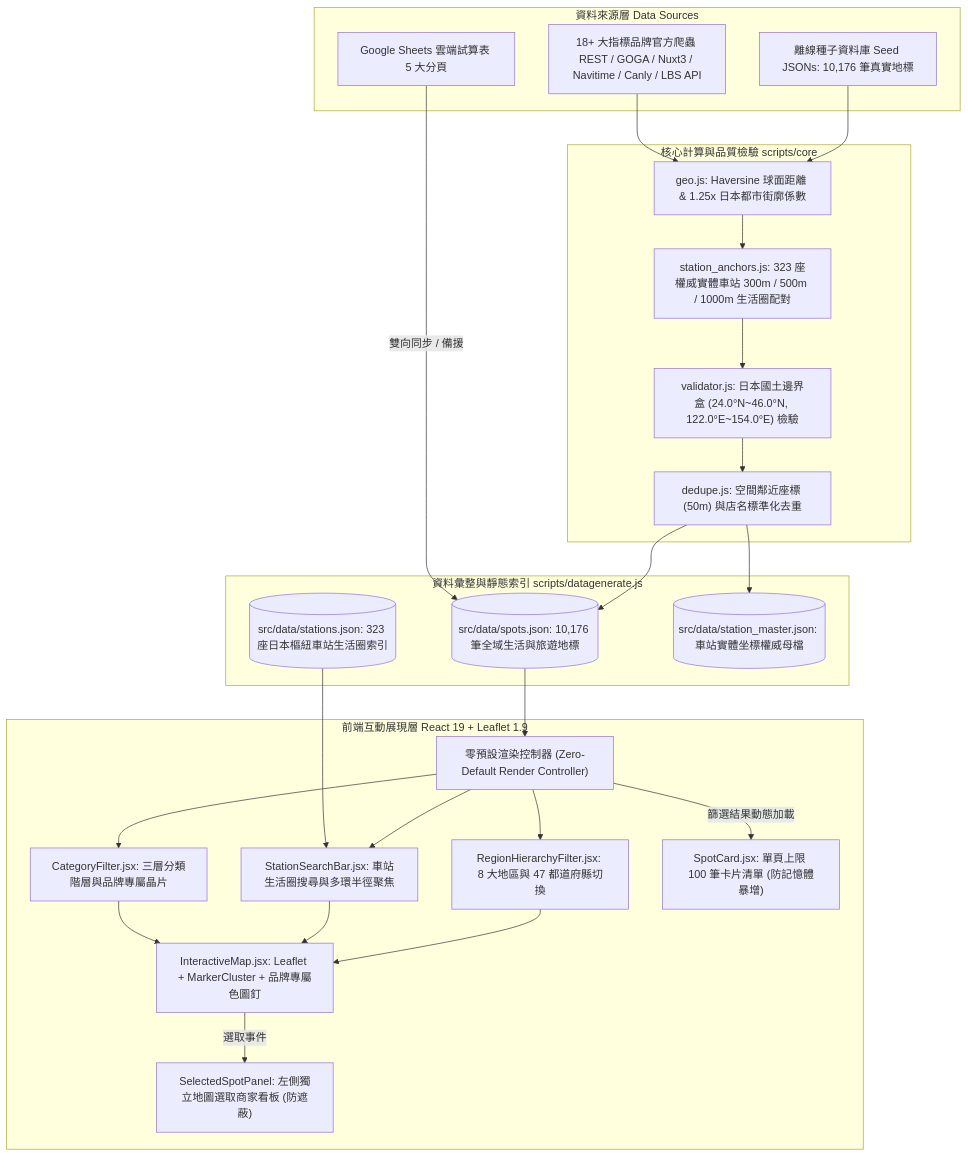
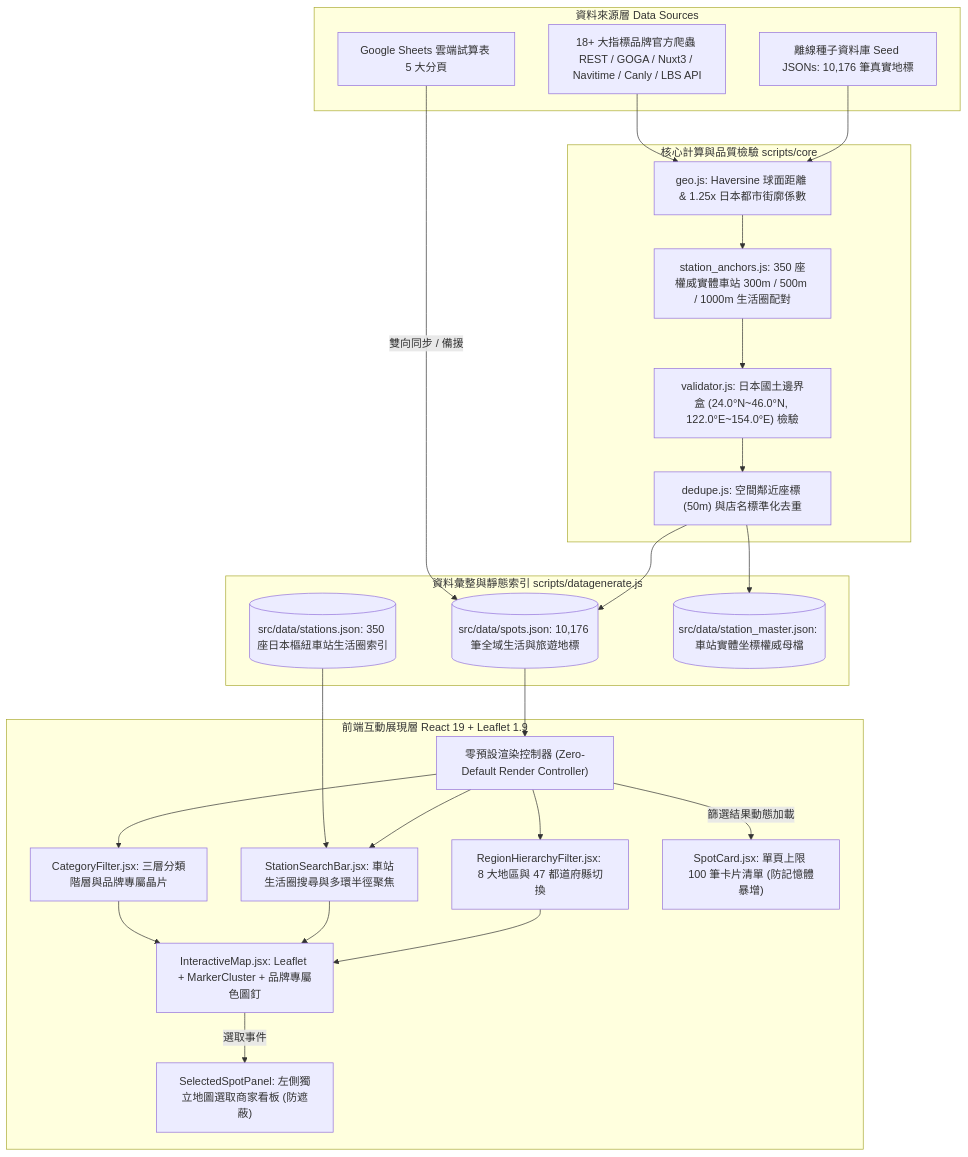
The first of 3 diagrams in docs/ARCHITECTURE.md (imhahac/japan-travel-map-guide), drawn with Mermaid before and after one commit. The commit also changed other lines of this file and 15 other files, not shown here.

````diff
--- a/docs/ARCHITECTURE.md
+++ b/docs/ARCHITECTURE.md
@@ -13,50 +13,50 @@
 ```mermaid
 graph TD
     subgraph Data Sources [資料來源層 Data Sources]
         A1[Google Sheets 雲端試算表 5 大分頁]
         A2[18+ 大指標品牌官方爬蟲 REST / GOGA / Nuxt3 / Navitime / Canly / LBS API]
         A3[離線種子資料庫 Seed JSONs: 10,176 筆真實地標]
     end
 
     subgraph Core Processing [核心計算與品質檢驗 scripts/core]
         B1["geo.js: Haversine 球面距離 & 1.25x 日本都市街廓係數"]
-        B2["station_anchors.js: 323 座權威實體車站 300m / 500m / 1000m 生活圈配對"]
+        B2["station_anchors.js: 350 座權威實體車站 300m / 500m / 1000m 生活圈配對"]
         B3["validator.js: 日本國土邊界盒 (24.0°N~46.0°N, 122.0°E~154.0°E) 檢驗"]
         B4["dedupe.js: 空間鄰近座標 (50m) 與店名標準化去重"]
     end
 
     subgraph Data Aggregator [資料彙整與靜態索引 scripts/datagenerate.js]
         C1[("src/data/spots.json: 10,176 筆全域生活與旅遊地標")]
-        C2[("src/data/stations.json: 323 座日本樞紐車站生活圈索引")]
+        C2[("src/data/stations.json: 350 座日本樞紐車站生活圈索引")]
         C3[("src/data/station_master.json: 車站實體坐標權威母檔")]
     end
 
     subgraph Presentation Layer [前端互動展現層 React 19 + Leaflet 1.9]
         D1["零預設渲染控制器 (Zero-Default Render Controller)"]
         D2["CategoryFilter.jsx: 三層分類階層與品牌專屬晶片"]
         D3["StationSearchBar.jsx: 車站生活圈搜尋與多環半徑聚焦"]
         D4["RegionHierarchyFilter.jsx: 8 大地區與 47 都道府縣切換"]
         D5["InteractiveMap.jsx: Leaflet + MarkerCluster + 品牌專屬色圖釘"]
         D6["SelectedSpotPanel: 左側獨立地圖選取商家看板 (防遮蔽)"]
         D7["SpotCard.jsx: 單頁上限 100 筆卡片清單 (防記憶體暴增)"]
     end
 
     A1 -->|雙向同步 / 備援| C1
     A2 --> B1
     A3 --> B1
     B1 --> B2
     B2 --> B3
     B3 --> B4
     B4 --> C1
     B4 --> C3
     C1 --> D1
     C2 --> D3
     D1 --> D2
     D1 --> D3
     D1 --> D4
     D2 --> D5
     D3 --> D5
     D4 --> D5
     D5 -->|選取事件| D6
     D1 -->|篩選結果動態加載| D7
 ```
````
